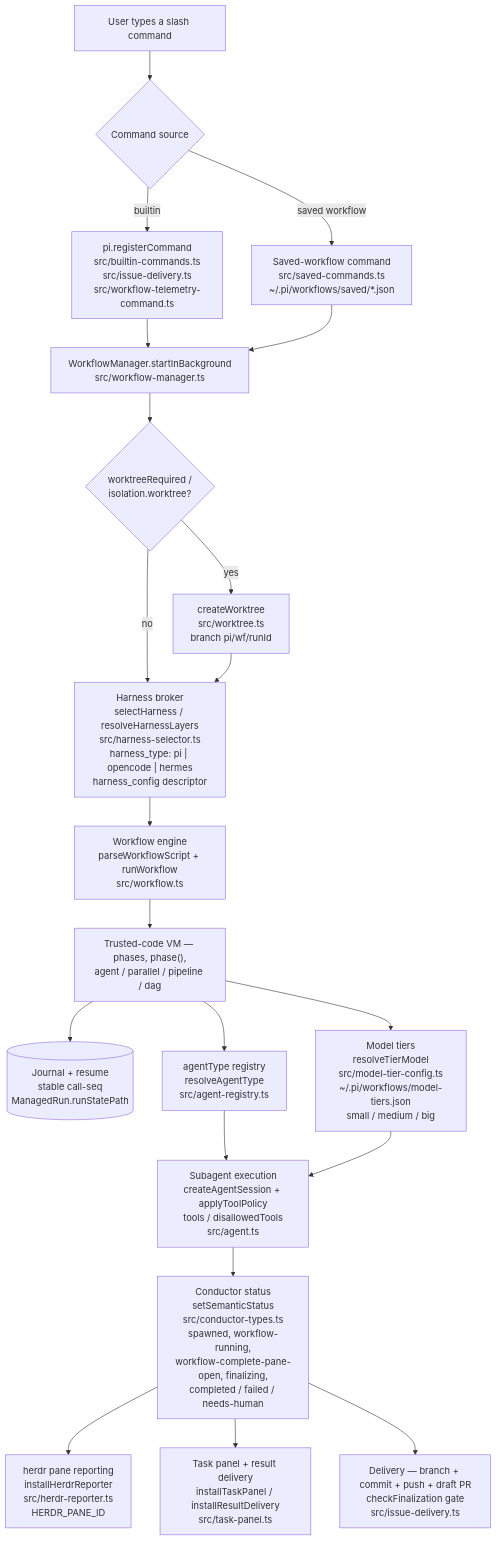
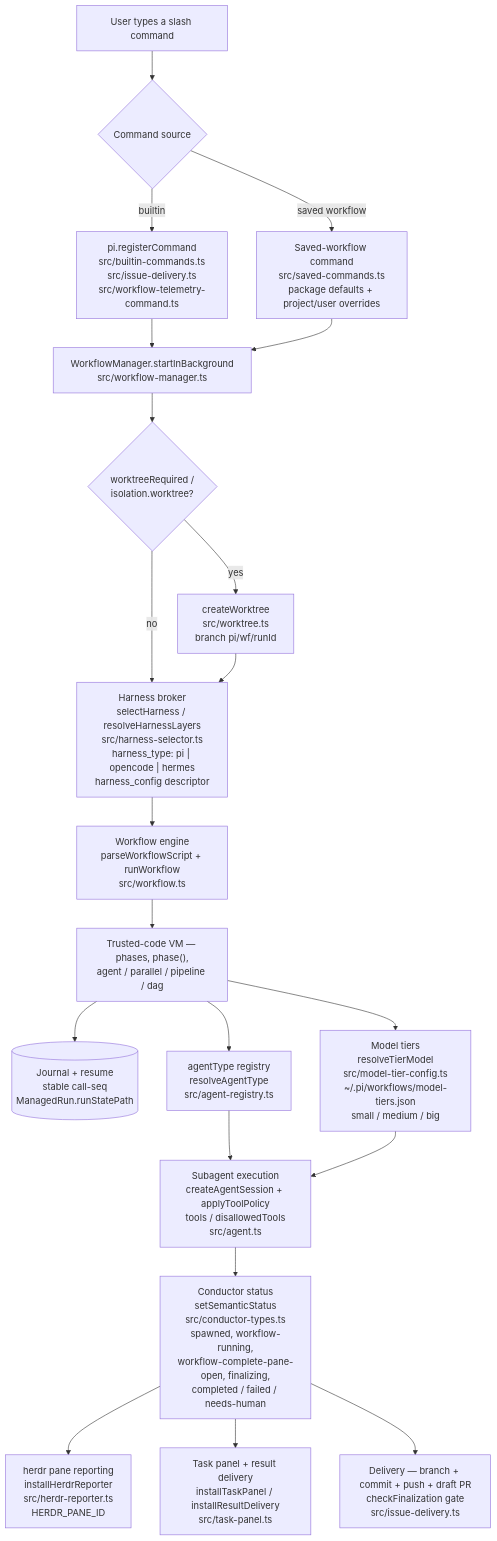
The diagram in README.md (gtnotacoder/pi-dynamic-workflows), drawn with Mermaid before and after one commit. The commit also changed other lines of this file and 17 other files, not shown here.

````diff
--- a/README.md
+++ b/README.md
@@ -84,23 +85,23 @@
 ```mermaid
 flowchart TD
   U["User types a slash command"] --> CMD{"Command source"}
   CMD -->|"builtin"| BC["pi.registerCommand<br/>src/builtin-commands.ts<br/>src/issue-delivery.ts<br/>src/workflow-telemetry-command.ts"]
-  CMD -->|"saved workflow"| SW["Saved-workflow command<br/>src/saved-commands.ts<br/>~/.pi/workflows/saved/*.json"]
+  CMD -->|"saved workflow"| SW["Saved-workflow command<br/>src/saved-commands.ts<br/>package defaults + project/user overrides"]
   BC --> WM
   SW --> WM
   WM["WorkflowManager.startInBackground<br/>src/workflow-manager.ts"] --> WT{"worktreeRequired /<br/>isolation.worktree?"}
   WT -->|"yes"| ISO["createWorktree<br/>src/worktree.ts<br/>branch pi/wf/runId"]
   WT -->|"no"| HB
   ISO --> HB["Harness broker<br/>selectHarness / resolveHarnessLayers<br/>src/harness-selector.ts<br/>harness_type: pi | opencode | hermes<br/>harness_config descriptor"]
   HB --> RUN["Workflow engine<br/>parseWorkflowScript + runWorkflow<br/>src/workflow.ts"]
   RUN --> VM["Trusted-code VM — phases, phase(),<br/>agent / parallel / pipeline / dag"]
   VM --> JR[("Journal + resume<br/>stable call-seq<br/>ManagedRun.runStatePath")]
   VM --> AR["agentType registry<br/>resolveAgentType<br/>src/agent-registry.ts"]
   VM --> MT["Model tiers<br/>resolveTierModel<br/>src/model-tier-config.ts<br/>~/.pi/workflows/model-tiers.json<br/>small / medium / big"]
   AR --> SA["Subagent execution<br/>createAgentSession + applyToolPolicy<br/>tools / disallowedTools<br/>src/agent.ts"]
   MT --> SA
   SA --> CS["Conductor status<br/>setSemanticStatus<br/>src/conductor-types.ts<br/>spawned, workflow-running,<br/>workflow-complete-pane-open, finalizing,<br/>completed / failed / needs-human"]
   CS --> HR["herdr pane reporting<br/>installHerdrReporter<br/>src/herdr-reporter.ts<br/>HERDR_PANE_ID"]
   CS --> TP["Task panel + result delivery<br/>installTaskPanel / installResultDelivery<br/>src/task-panel.ts"]
   CS --> DEL["Delivery — branch + commit + push + draft PR<br/>checkFinalization gate<br/>src/issue-delivery.ts"]
 ```
````
